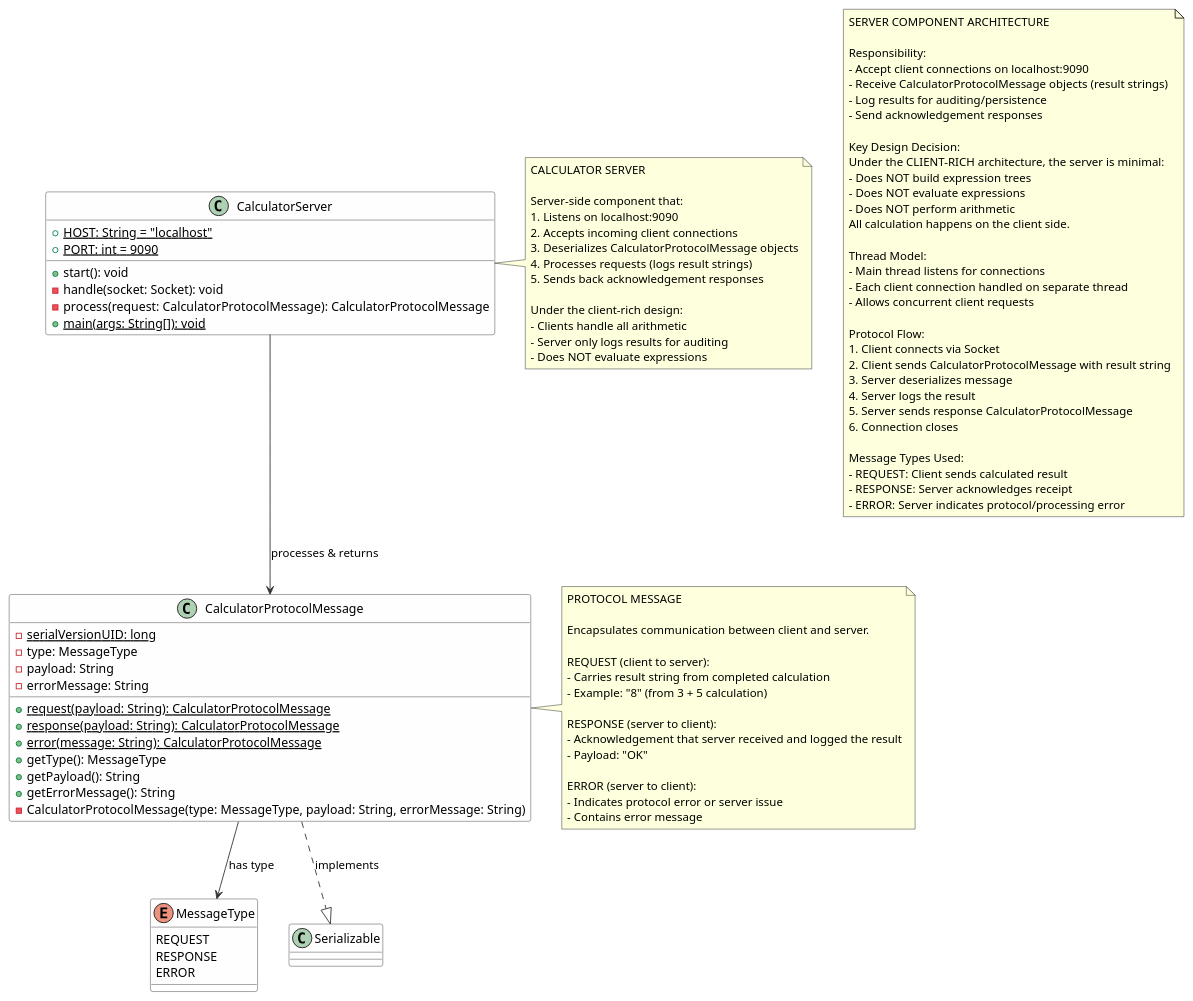
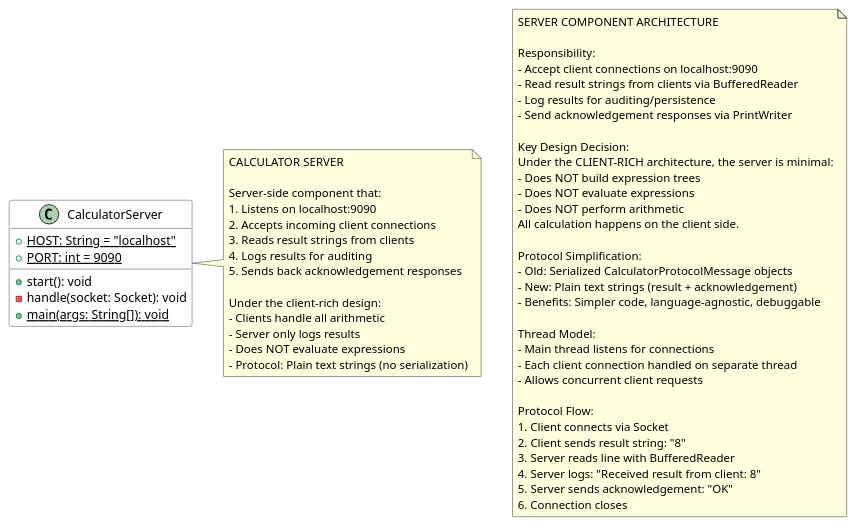
The diagram in UML_CalculatorServer.md (dowlindan/CalculatorSE311), drawn with PlantUML before and after one commit. The commit also changed 2 other files, not shown here.

Commit message:
Update diagrams

```diff
--- a/UML_CalculatorServer.md
+++ b/UML_CalculatorServer.md
@@ -13,7 +13,6 @@
 
     + start(): void
     - handle(socket: Socket): void
-    - process(request: CalculatorProtocolMessage): CalculatorProtocolMessage
     + {static} main(args: String[]): void
 }
 
@@ -23,66 +22,17 @@
   Server-side component that:
   1. Listens on localhost:9090
   2. Accepts incoming client connections
-  3. Deserializes CalculatorProtocolMessage objects
-  4. Processes requests (logs result strings)
+  3. Reads result strings from clients
+  4. Logs results for auditing
   5. Sends back acknowledgement responses
 
   Under the client-rich design:
   - Clients handle all arithmetic
-  - Server only logs results for auditing
+  - Server only logs results
   - Does NOT evaluate expressions
+  - Protocol: Plain text strings (no serialization)
 end note
 
-' =====================================================================
-' PROTOCOL MESSAGE
-' =====================================================================
-
-enum MessageType {
-    REQUEST
-    RESPONSE
-    ERROR
-}
-
-class CalculatorProtocolMessage {
-    - {static} serialVersionUID: long
-    - type: MessageType
-    - payload: String
-    - errorMessage: String
-
-    + {static} request(payload: String): CalculatorProtocolMessage
-    + {static} response(payload: String): CalculatorProtocolMessage
-    + {static} error(message: String): CalculatorProtocolMessage
-    + getType(): MessageType
-    + getPayload(): String
-    + getErrorMessage(): String
-    - CalculatorProtocolMessage(type: MessageType, payload: String, errorMessage: String)
-}
-
-note right of CalculatorProtocolMessage
-  PROTOCOL MESSAGE
-
-  Encapsulates communication between client and server.
-
-  REQUEST (client to server):
-  - Carries result string from completed calculation
-  - Example: "8" (from 3 + 5 calculation)
-
-  RESPONSE (server to client):
-  - Acknowledgement that server received and logged the result
-  - Payload: "OK"
-
-  ERROR (server to client):
-  - Indicates protocol error or server issue
-  - Contains error message
-end note
-
-' =====================================================================
-' RELATIONSHIPS
-' =====================================================================
-
-CalculatorServer --> CalculatorProtocolMessage : processes & returns
-CalculatorProtocolMessage --> MessageType : has type
-CalculatorProtocolMessage ..|> Serializable : implements
 
 ' =====================================================================
 ' ARCHITECTURE NOTES
@@ -93,9 +43,9 @@
 
   Responsibility:
   - Accept client connections on localhost:9090
-  - Receive CalculatorProtocolMessage objects (result strings)
+  - Read result strings from clients via BufferedReader
   - Log results for auditing/persistence
-  - Send acknowledgement responses
+  - Send acknowledgement responses via PrintWriter
 
   Key Design Decision:
   Under the CLIENT-RICH architecture, the server is minimal:
@@ -104,6 +54,11 @@
   - Does NOT perform arithmetic
   All calculation happens on the client side.
 
+  Protocol Simplification:
+  - Old: Serialized CalculatorProtocolMessage objects
+  - New: Plain text strings (result + acknowledgement)
+  - Benefits: Simpler code, language-agnostic, debuggable
+
   Thread Model:
   - Main thread listens for connections
   - Each client connection handled on separate thread
@@ -111,16 +66,11 @@
 
   Protocol Flow:
   1. Client connects via Socket
-  2. Client sends CalculatorProtocolMessage with result string
-  3. Server deserializes message
-  4. Server logs the result
-  5. Server sends response CalculatorProtocolMessage
+  2. Client sends result string: "8"
+  3. Server reads line with BufferedReader
+  4. Server logs: "Received result from client: 8"
+  5. Server sends acknowledgement: "OK"
   6. Connection closes
-
-  Message Types Used:
-  - REQUEST: Client sends calculated result
-  - RESPONSE: Server acknowledges receipt
-  - ERROR: Server indicates protocol/processing error
 end note
 
 @enduml
```
